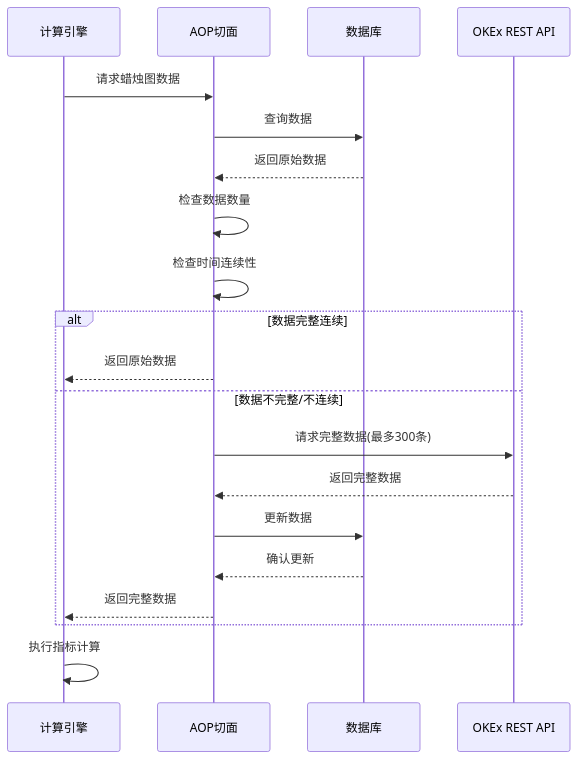
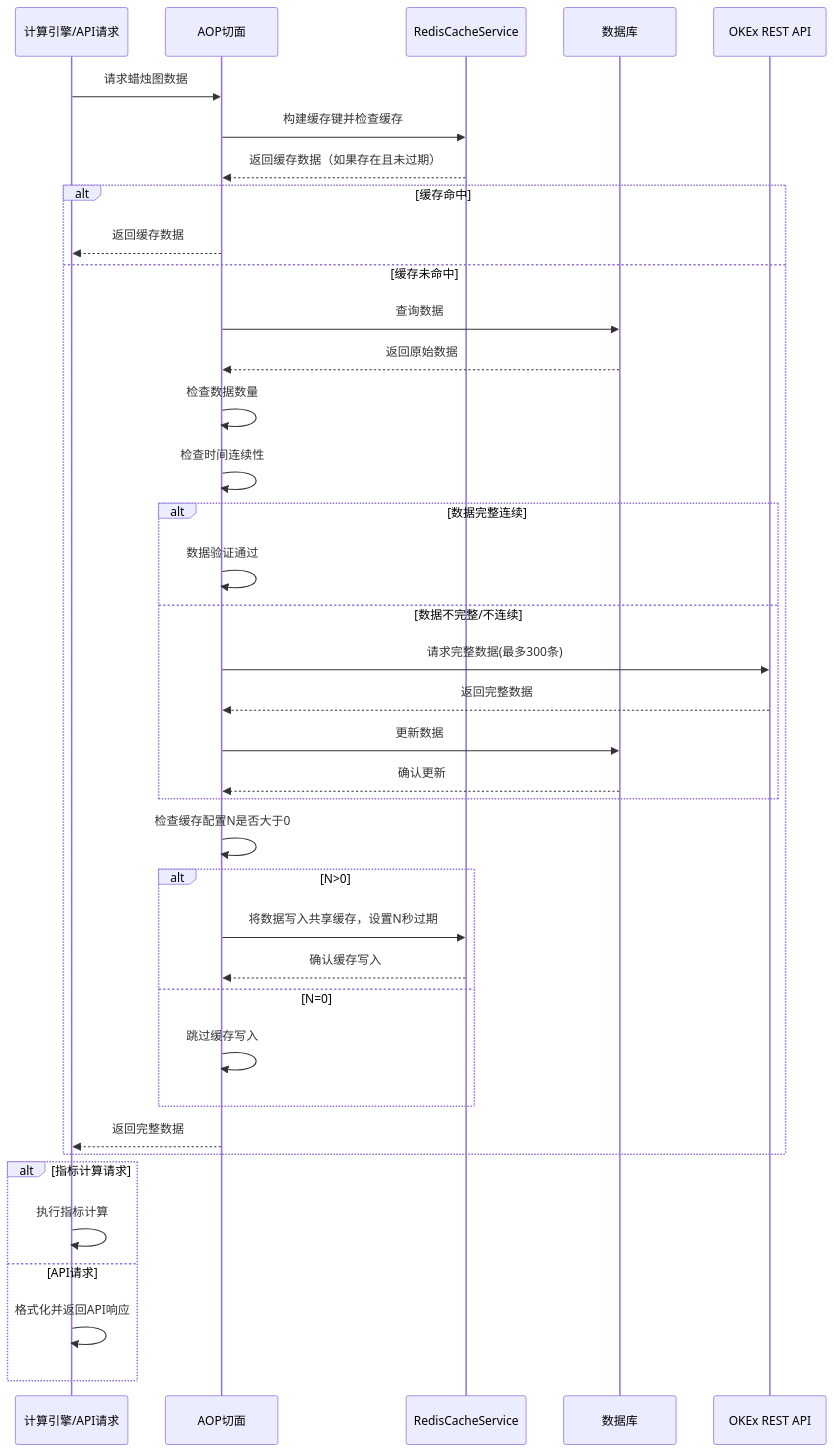
Before and after one commit to bidepideyipi/okex-trans5: the fourth of 8 diagrams in doc/ARCHITECTURE.md, drawn with Mermaid. The commit also changed other lines of this file and 16 other files, not shown here.

Commit message:
Websocket 订阅交易对的K线图

````diff
--- a/doc/ARCHITECTURE.md
+++ b/doc/ARCHITECTURE.md
@@ -526,25 +559,47 @@
 ```mermaid
 sequenceDiagram
-    participant Client as 计算引擎
+    participant Client as 计算引擎/API请求
     participant Aspect as AOP切面
+    participant Cache as RedisCacheService
     participant MongoDB as 数据库
     participant OKEx as OKEx REST API
     
     Client->>Aspect: 请求蜡烛图数据
-    Aspect->>MongoDB: 查询数据
-    MongoDB-->>Aspect: 返回原始数据
-    Aspect->>Aspect: 检查数据数量
-    Aspect->>Aspect: 检查时间连续性
+    Aspect->>Cache: 构建缓存键并检查缓存
+    Cache-->>Aspect: 返回缓存数据（如果存在且未过期）
     
-    alt 数据完整连续
-        Aspect-->>Client: 返回原始数据
-    else 数据不完整/不连续
-        Aspect->>OKEx: 请求完整数据(最多300条)
-        OKEx-->>Aspect: 返回完整数据
-        Aspect->>MongoDB: 更新数据
-        MongoDB-->>Aspect: 确认更新
+    alt 缓存命中
+        Aspect-->>Client: 返回缓存数据
+    else 缓存未命中
+        Aspect->>MongoDB: 查询数据
+        MongoDB-->>Aspect: 返回原始数据
+        Aspect->>Aspect: 检查数据数量
+        Aspect->>Aspect: 检查时间连续性
+        
+        alt 数据完整连续
+            Aspect->>Aspect: 数据验证通过
+        else 数据不完整/不连续
+            Aspect->>OKEx: 请求完整数据(最多300条)
+            OKEx-->>Aspect: 返回完整数据
+            Aspect->>MongoDB: 更新数据
+            MongoDB-->>Aspect: 确认更新
+        end
+        
+        Aspect->>Aspect: 检查缓存配置N是否大于0
+        
+        alt N>0
+            Aspect->>Cache: 将数据写入共享缓存，设置N秒过期
+            Cache-->>Aspect: 确认缓存写入
+        else N=0
+            Aspect->>Aspect: 跳过缓存写入
+        end
+        
         Aspect-->>Client: 返回完整数据
     end
     
-    Client->>Client: 执行指标计算
+    alt 指标计算请求
+        Client->>Client: 执行指标计算
+    else API请求
+        Client->>Client: 格式化并返回API响应
+    end
 ```
````
